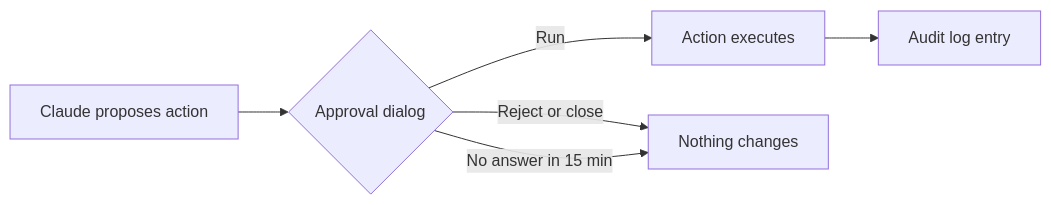
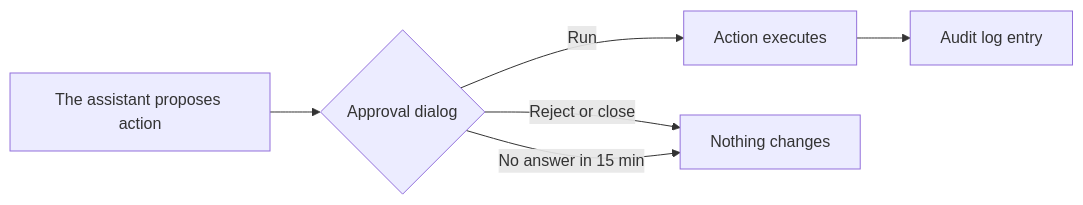
One commit to matthydehoog/Claude-plugin-Eclipse-OIE changed the diagram in docs/USER_MANUAL.md. Above: the diagram before and after it, drawn with Mermaid. The commit also changed other lines of this file and 4 other files, not shown here.

First line of the commit message:
Rename Claude Assistant to AI Assistant in the README and docs

````diff
--- a/docs/USER_MANUAL.md
+++ b/docs/USER_MANUAL.md
@@ -235,8 +235,8 @@
 ```mermaid
 flowchart LR
-  A[Claude proposes action] --> B{Approval dialog}
+  A[The assistant proposes action] --> B{Approval dialog}
   B -->|Run| C[Action executes]
   B -->|Reject or close| D[Nothing changes]
   B -->|No answer in 15 min| D
   C --> E[Audit log entry]
 ```
````
